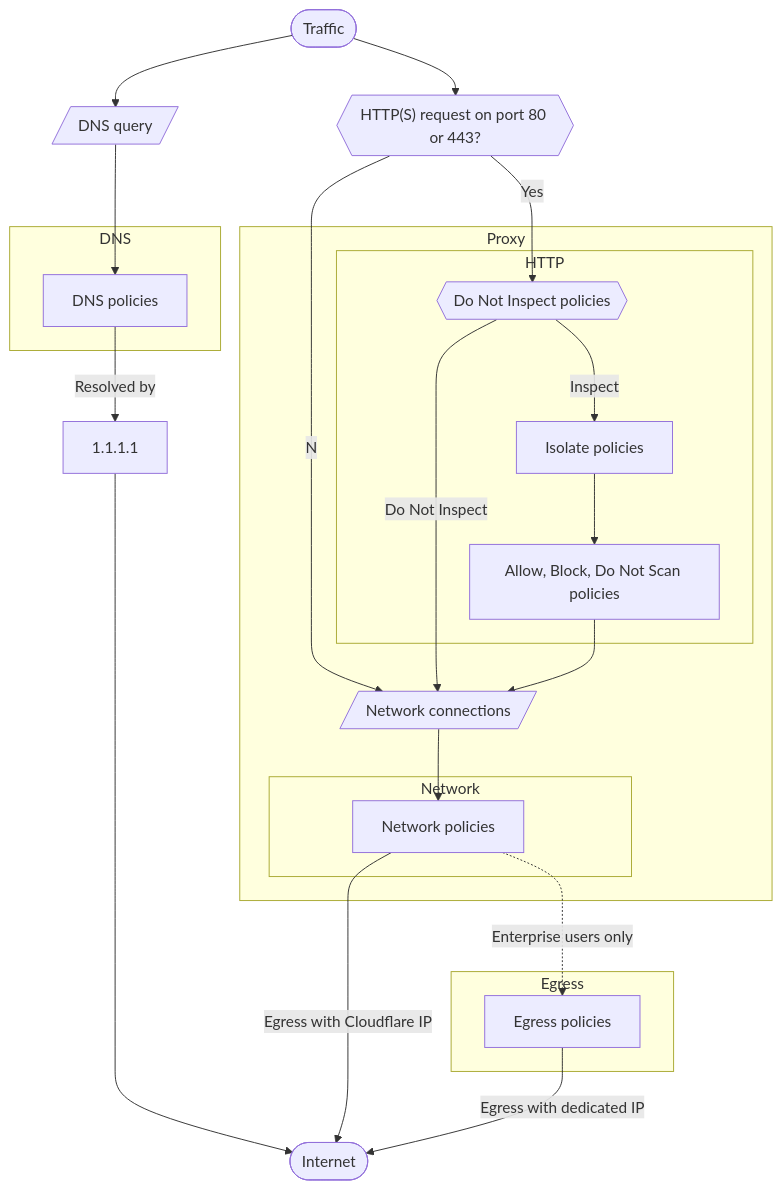
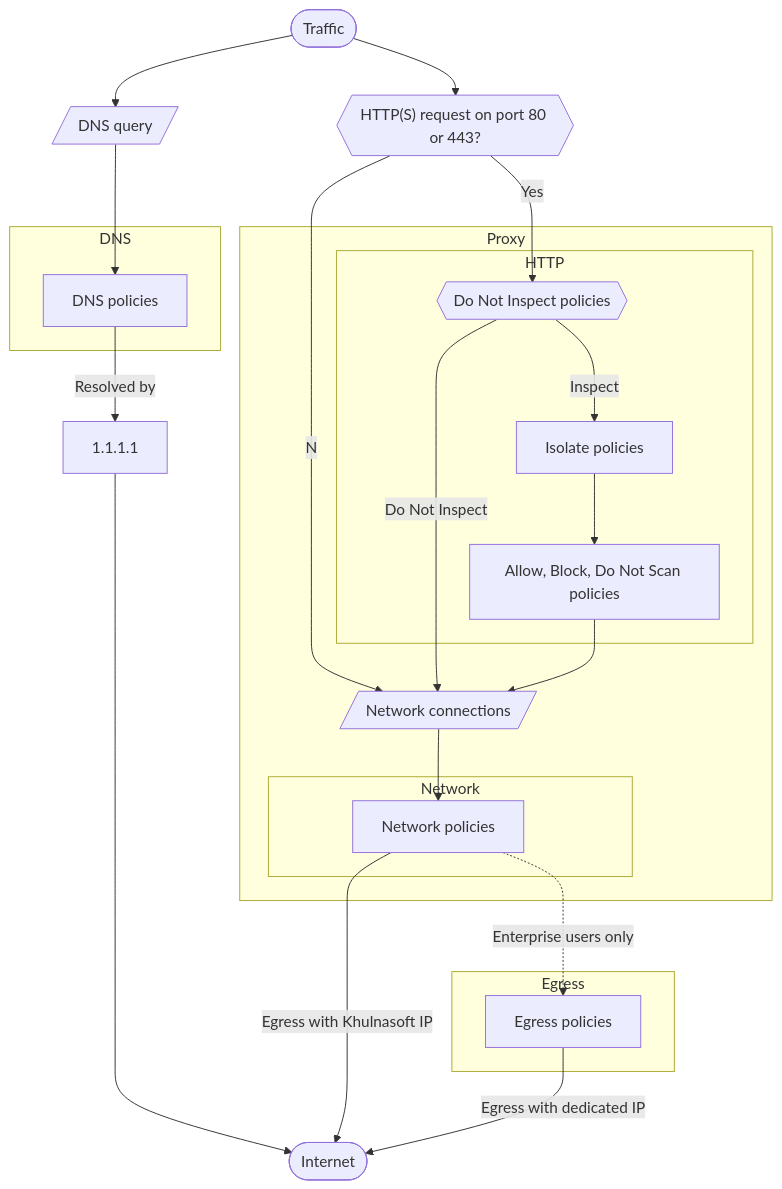
One commit to NxPKG/khulnasoft-docs changed the diagram in content/cloudflare-one/policies/gateway/order-of-enforcement.md. Above: the diagram before and after it, drawn with Mermaid. The commit also changed other lines of this file and 2914 other files, not shown here.

````diff
--- a/content/cloudflare-one/policies/gateway/order-of-enforcement.md
+++ b/content/cloudflare-one/policies/gateway/order-of-enforcement.md
@@ -11,48 +11,48 @@
 ```mermaid
 flowchart TB
     %% Accessibility
     accTitle: Gateway order of enforcement
     accDescr: Flowchart describing the order of enforcement for Gateway policies.
 
     %% In with user traffic
     start(["Traffic"])-->dns0[/"DNS query"/]-->dns1
     start-->http0{{"HTTP(S) request on port 80 or 443?"}}
     http0--Yes-->http1
     http0--No-->network0
 
     %% DNS policies
     subgraph DNS
     dns1["DNS policies"]
     style DNS text-align:left
     end
     dns1--Resolved by-->dns2["1.1.1.1"]------>internet
 
     %% Proxied by Gateway
     subgraph Proxy
 
     %% HTTP policies
     subgraph HTTP
     http1{{"Do Not Inspect policies"}}
     http1--Inspect-->http2["Isolate policies"]
     http2-->http3["Allow, Block, Do Not Scan policies"]
     end
 
     http1--Do Not Inspect-->network0
     http3-->network0
     network0[/"Network connections"/]-->network1
 
     %% Network policies
     subgraph Network
     network1["Network policies"]
     end
     end
 
     %% Egress
     subgraph Egress
     network1-.Enterprise users only.->egress1[Egress policies]
     end
 
     %% Finish
-    network1--Egress with Cloudflare IP-->internet([Internet])
+    network1--Egress with Khulnasoft IP-->internet([Internet])
     egress1--Egress with dedicated IP-->internet
 ```
````
